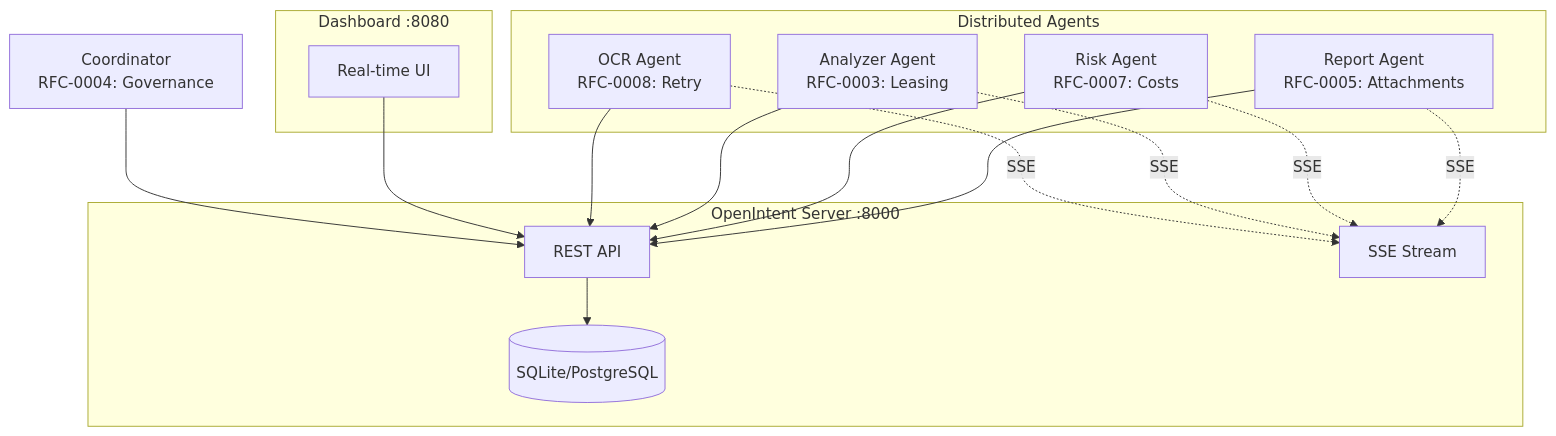
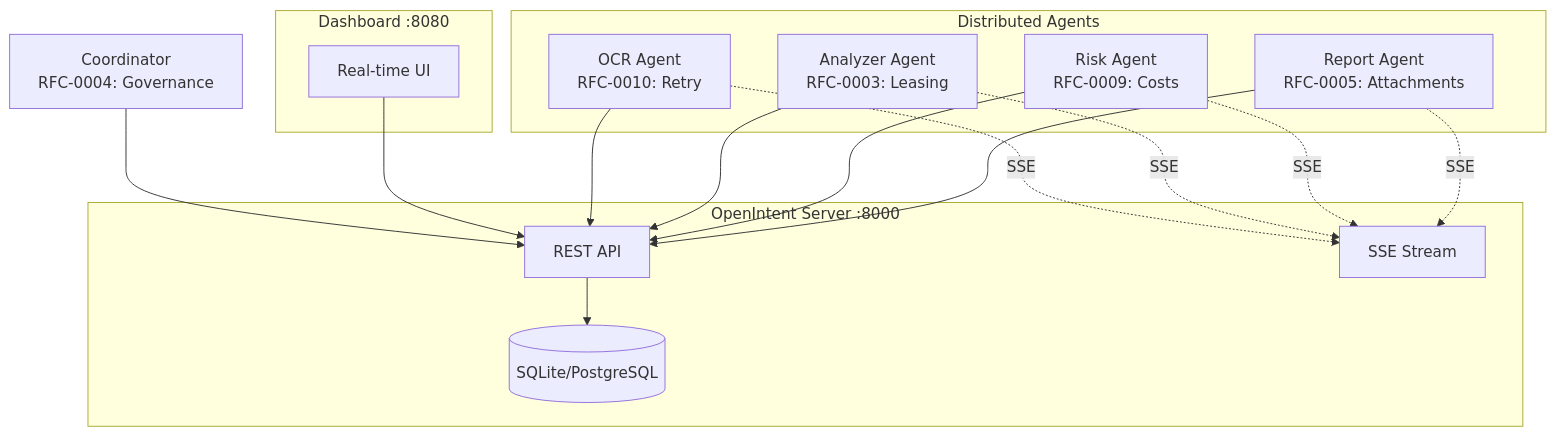
One commit to openintent-ai/openintent changed the first of 2 diagrams in examples/compliance_review/README.md. Above: the diagram before and after it, drawn with Mermaid. The commit also changed other lines of this file and 43 other files, not shown here.

````diff
--- a/examples/compliance_review/README.md
+++ b/examples/compliance_review/README.md
@@ -9,27 +9,27 @@
 ```mermaid
 flowchart TB
     subgraph Dashboard["Dashboard :8080"]
         UI[Real-time UI]
     end
 
     subgraph Server["OpenIntent Server :8000"]
         API[REST API]
         SSE[SSE Stream]
         DB[(SQLite/PostgreSQL)]
     end
 
     subgraph Agents["Distributed Agents"]
-        OCR["OCR Agent<br/>RFC-0008: Retry"]
+        OCR["OCR Agent<br/>RFC-0010: Retry"]
         ANA["Analyzer Agent<br/>RFC-0003: Leasing"]
-        RISK["Risk Agent<br/>RFC-0007: Costs"]
+        RISK["Risk Agent<br/>RFC-0009: Costs"]
         REP["Report Agent<br/>RFC-0005: Attachments"]
     end
 
     COORD["Coordinator<br/>RFC-0004: Governance"]
 
     COORD --> API
     UI --> API
     OCR & ANA & RISK & REP -.->|SSE| SSE
     OCR & ANA & RISK & REP --> API
     API --> DB
 ```
````
